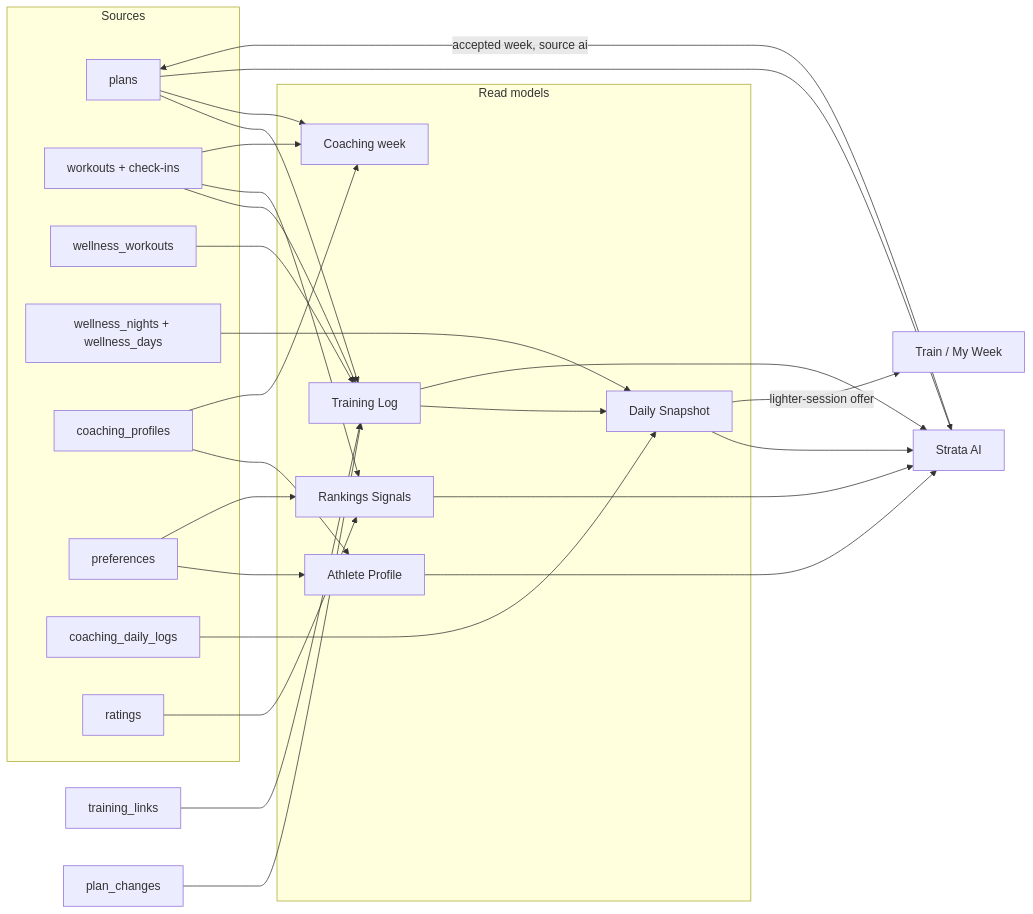
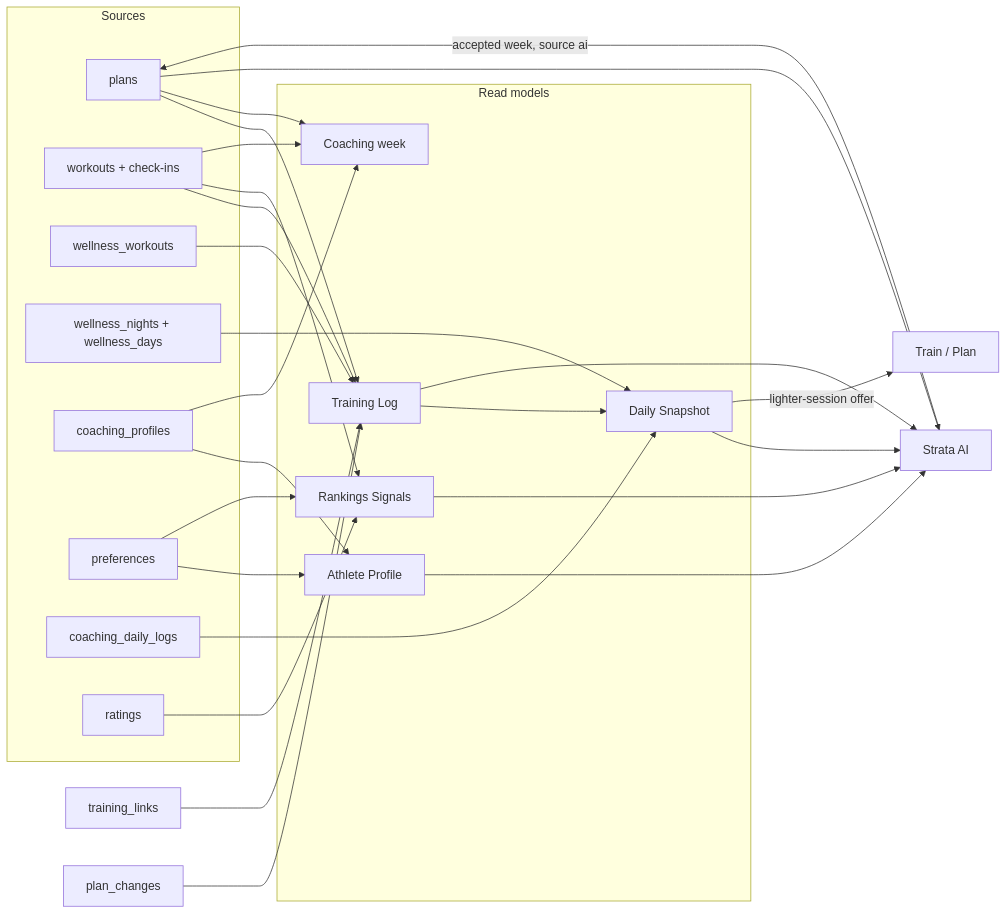
Before and after one commit to sugarhappy8/strata_main-1: the diagram in DATA_MODEL.md, drawn with Mermaid. The commit also changed 39 other files, not shown here.

````diff
--- a/DATA_MODEL.md
+++ b/DATA_MODEL.md
@@ -9,18 +9,18 @@
 ```mermaid
 flowchart LR
   subgraph Sources
     P[plans] ; W[workouts + check-ins] ; WW[wellness_workouts] ; WN[wellness_nights + wellness_days]
     CP[coaching_profiles] ; PR[preferences] ; CL[coaching_daily_logs] ; R[ratings]
   end
   subgraph Read models
     AP[Athlete Profile] ; TL[Training Log] ; DS[Daily Snapshot] ; RS[Rankings Signals] ; CW[Coaching week]
   end
   PR --> AP ; CP --> AP
   P --> TL ; W --> TL ; WW --> TL ; TLINK[training_links] --> TL ; PC[plan_changes] --> TL
   TL --> DS ; WN --> DS ; CL --> DS
   PR --> RS ; R --> RS ; W --> RS
   P --> CW ; CP --> CW ; W --> CW
   AP --> AI[Strata AI] ; TL --> AI ; DS --> AI ; RS --> AI ; P --> AI
   AI -- accepted week, source ai --> P
-  DS -- lighter-session offer --> TRAIN[Train / My Week]
+  DS -- lighter-session offer --> TRAIN[Train / Plan]
 ```
````
